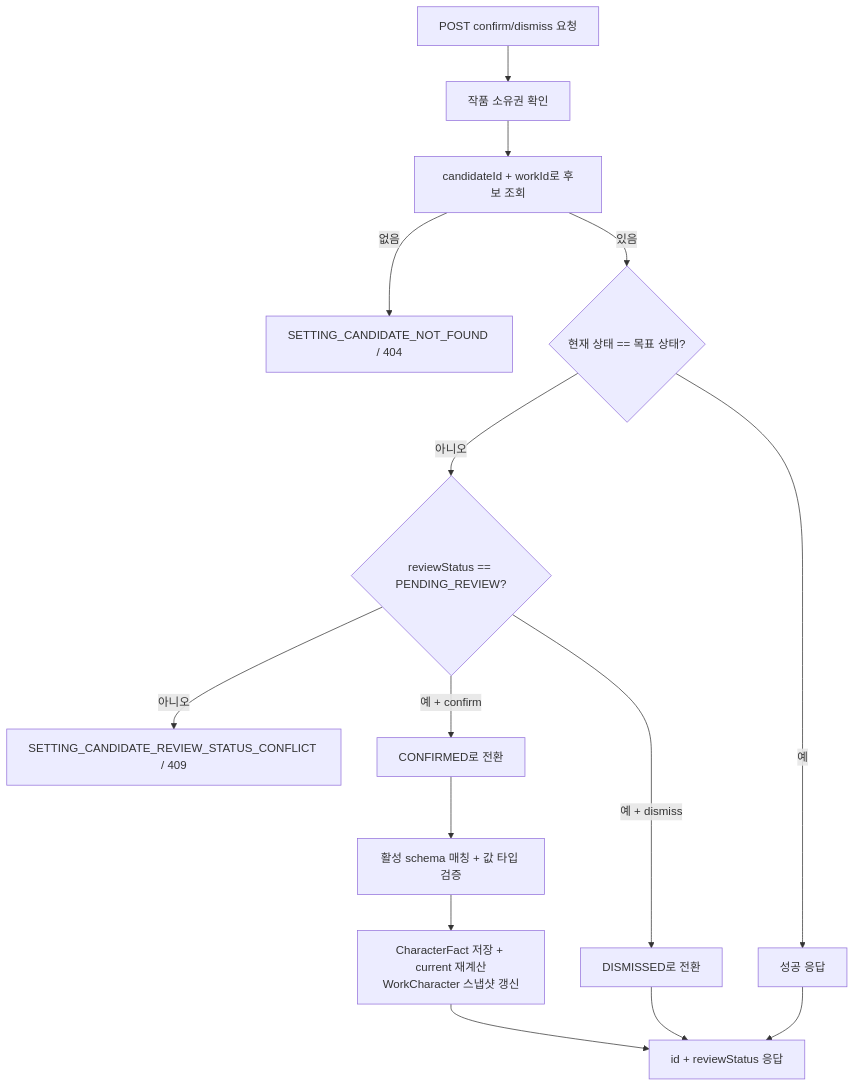
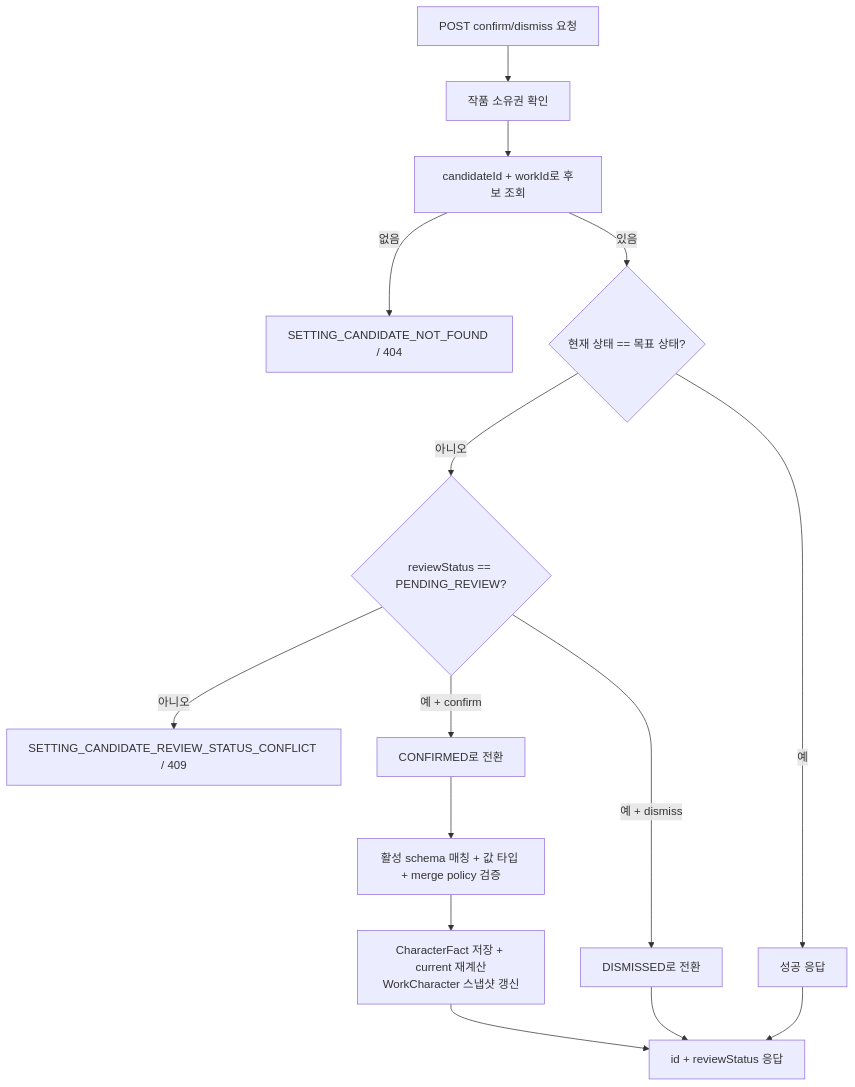
Before and after one commit to catchhole-soma/catchhole-backend-java: the seventh of 7 diagrams in docs/character.md, drawn with Mermaid. The commit also changed other lines of this file and 4 other files, not shown here.

````diff
--- a/docs/character.md
+++ b/docs/character.md
@@ -587,21 +612,21 @@
 ```mermaid
 flowchart TD
     A["POST confirm/dismiss 요청"] --> B["작품 소유권 확인"]
     B --> C["candidateId + workId로 후보 조회"]
 
     C -->|없음| D["SETTING_CANDIDATE_NOT_FOUND / 404"]
     C -->|있음| E{"현재 상태 == 목표 상태?"}
 
     E -->|예| F["성공 응답"]
     E -->|아니오| G{"reviewStatus == PENDING_REVIEW?"}
 
     G -->|아니오| H["SETTING_CANDIDATE_REVIEW_STATUS_CONFLICT / 409"]
     G -->|예 + confirm| I["CONFIRMED로 전환"]
     G -->|예 + dismiss| J["DISMISSED로 전환"]
 
-    I --> L["활성 schema 매칭 + 값 타입 검증"]
+    I --> L["활성 schema 매칭 + 값 타입 + merge policy 검증"]
     L --> M["CharacterFact 저장 + current 재계산<br/>WorkCharacter 스냅샷 갱신"]
     M --> K["id + reviewStatus 응답"]
     J --> K
     F --> K
 ```
````
